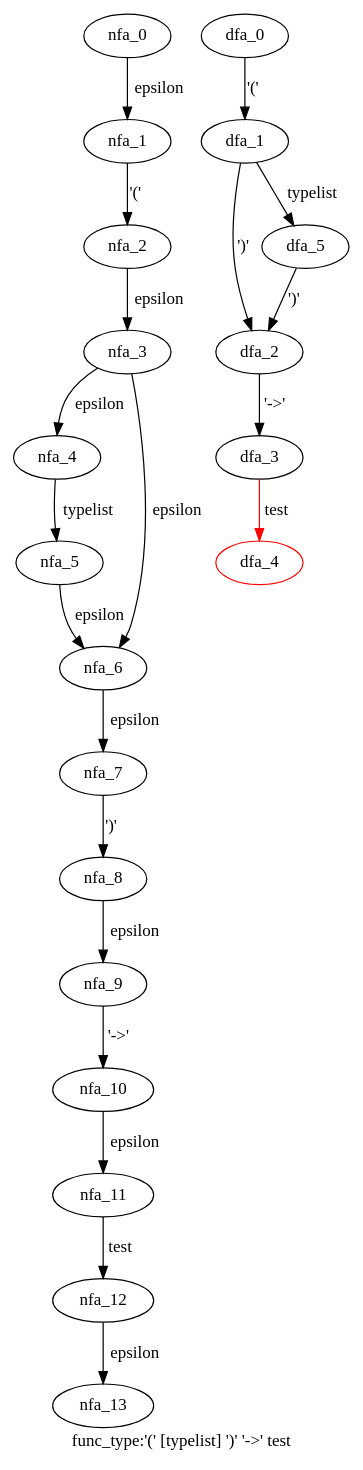
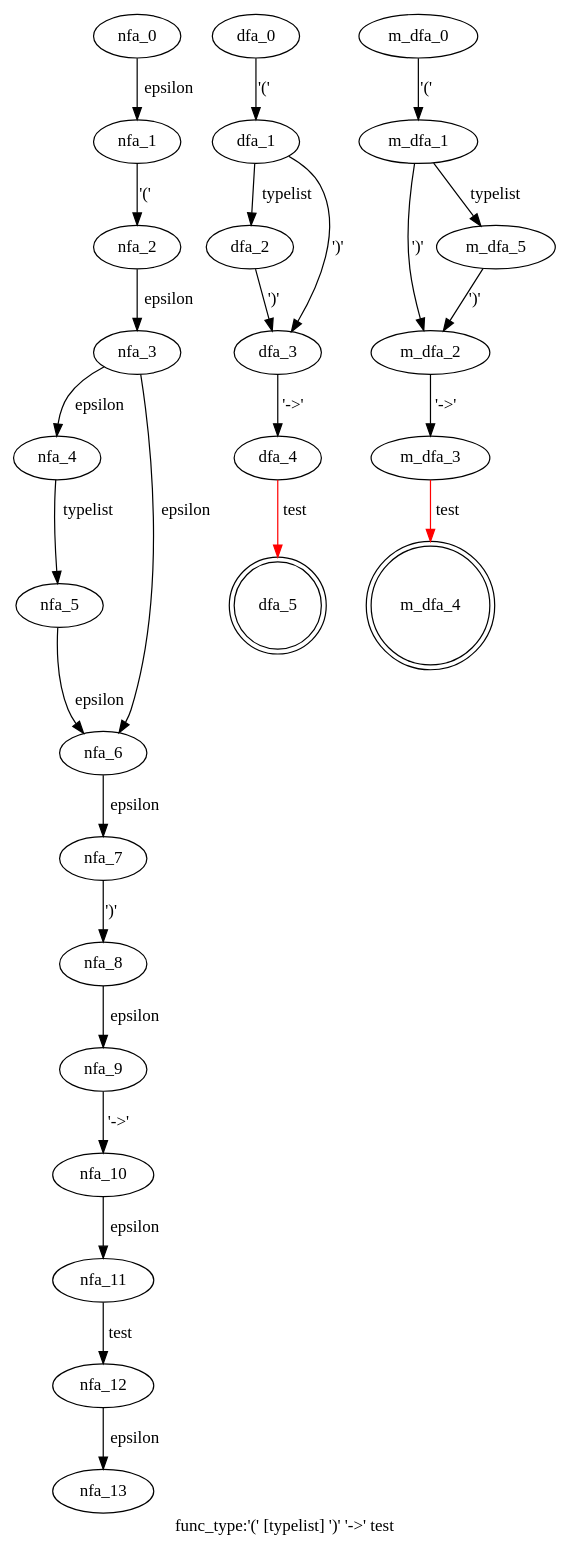
One commit to WinChua/blog changed the diagram in cpython/grammar/handwrite/nfa_dfas/90.func_type.dot. Above: the diagram before and after it, drawn with Graphviz. The commit also changed 183 other files, not shown here.

```diff
--- a/cpython/grammar/handwrite/nfa_dfas/90.func_type.dot
+++ b/cpython/grammar/handwrite/nfa_dfas/90.func_type.dot
@@ -1,28 +1,37 @@
 digraph func_type {
  graph[label="func_type:'(' [typelist] ')' '->' test"]
  subgraph func_type_nfa {
   nfa_0->nfa_1[label="epsilon"]
   nfa_1->nfa_2[label="'('"]
   nfa_2->nfa_3[label="epsilon"]
   nfa_3->nfa_4[label="epsilon"]
   nfa_4->nfa_5[label="typelist"]
   nfa_5->nfa_6[label="epsilon"]
   nfa_6->nfa_7[label="epsilon"]
   nfa_7->nfa_8[label="')'"]
   nfa_8->nfa_9[label="epsilon"]
   nfa_9->nfa_10[label="'->'"]
   nfa_10->nfa_11[label="epsilon"]
   nfa_11->nfa_12[label="test"]
   nfa_12->nfa_13[label="epsilon"]
   nfa_3->nfa_6[label="epsilon"]
   }
  subgraph func_type_dfa {
   dfa_0->dfa_1[label="'('"]
-  dfa_1->dfa_2[label="')'"]
-  dfa_2->dfa_3[label="'->'"]
-  dfa_3->dfa_4[label="test",color=red]
-  dfa_1->dfa_5[label="typelist"]
-  dfa_5->dfa_2[label="')'"]
-  dfa_4[color=red]
+  dfa_1->dfa_2[label="typelist"]
+  dfa_2->dfa_3[label="')'"]
+  dfa_3->dfa_4[label="'->'"]
+  dfa_4->dfa_5[label="test",color=red]
+  dfa_1->dfa_3[label="')'"]
+  dfa_5[shape=doublecircle]
+  }
+ subgraph func_type_m_dfa {
+  m_dfa_0->m_dfa_1[label="'('"]
+  m_dfa_1->m_dfa_2[label="')'"]
+  m_dfa_2->m_dfa_3[label="'->'"]
+  m_dfa_3->m_dfa_4[label="test",color=red]
+  m_dfa_1->m_dfa_5[label="typelist"]
+  m_dfa_5->m_dfa_2[label="')'"]
+  m_dfa_4[shape=doublecircle]
   }
 }
```
